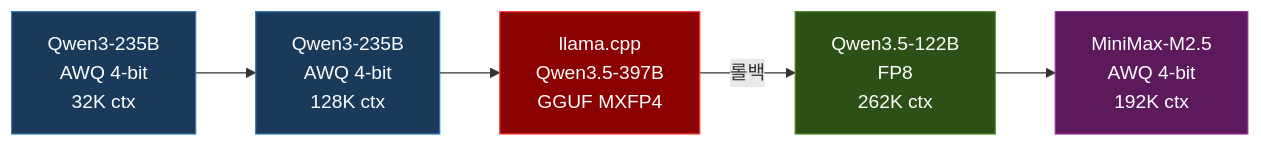
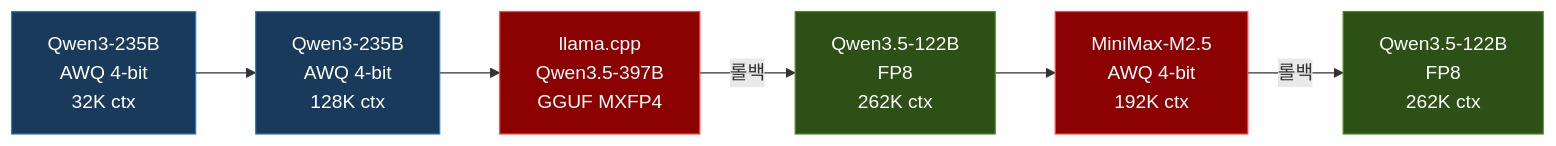
The diagram in _posts/2026-03-25-llm-serving-models.md (whguswka/whguswka.github.io), drawn with Mermaid before and after one commit. The commit also changed other lines of this file and 1 other file, not shown here.

````diff
--- a/_posts/2026-03-25-llm-serving-models.md
+++ b/_posts/2026-03-25-llm-serving-models.md
@@ -27,13 +27,15 @@
 ```mermaid
 graph LR
     A["Qwen3-235B<br/>AWQ 4-bit<br/>32K ctx"] --> B["Qwen3-235B<br/>AWQ 4-bit<br/>128K ctx"]
     B --> C["llama.cpp<br/>Qwen3.5-397B<br/>GGUF MXFP4"]
     C -->|롤백| D["Qwen3.5-122B<br/>FP8<br/>262K ctx"]
     D --> E["MiniMax-M2.5<br/>AWQ 4-bit<br/>192K ctx"]
+    E -->|롤백| F["Qwen3.5-122B<br/>FP8<br/>262K ctx"]
     
     style A fill:#1a3a5c,stroke:#2e7bb5,color:#fff
     style B fill:#1a3a5c,stroke:#2e7bb5,color:#fff
     style C fill:#8b0000,stroke:#ff4444,color:#fff
     style D fill:#2d5016,stroke:#4a8c2a,color:#fff
-    style E fill:#5c1a5c,stroke:#9b2d9b,color:#fff
+    style E fill:#8b0000,stroke:#ff4444,color:#fff
+    style F fill:#2d5016,stroke:#4a8c2a,color:#fff
 ```
````
